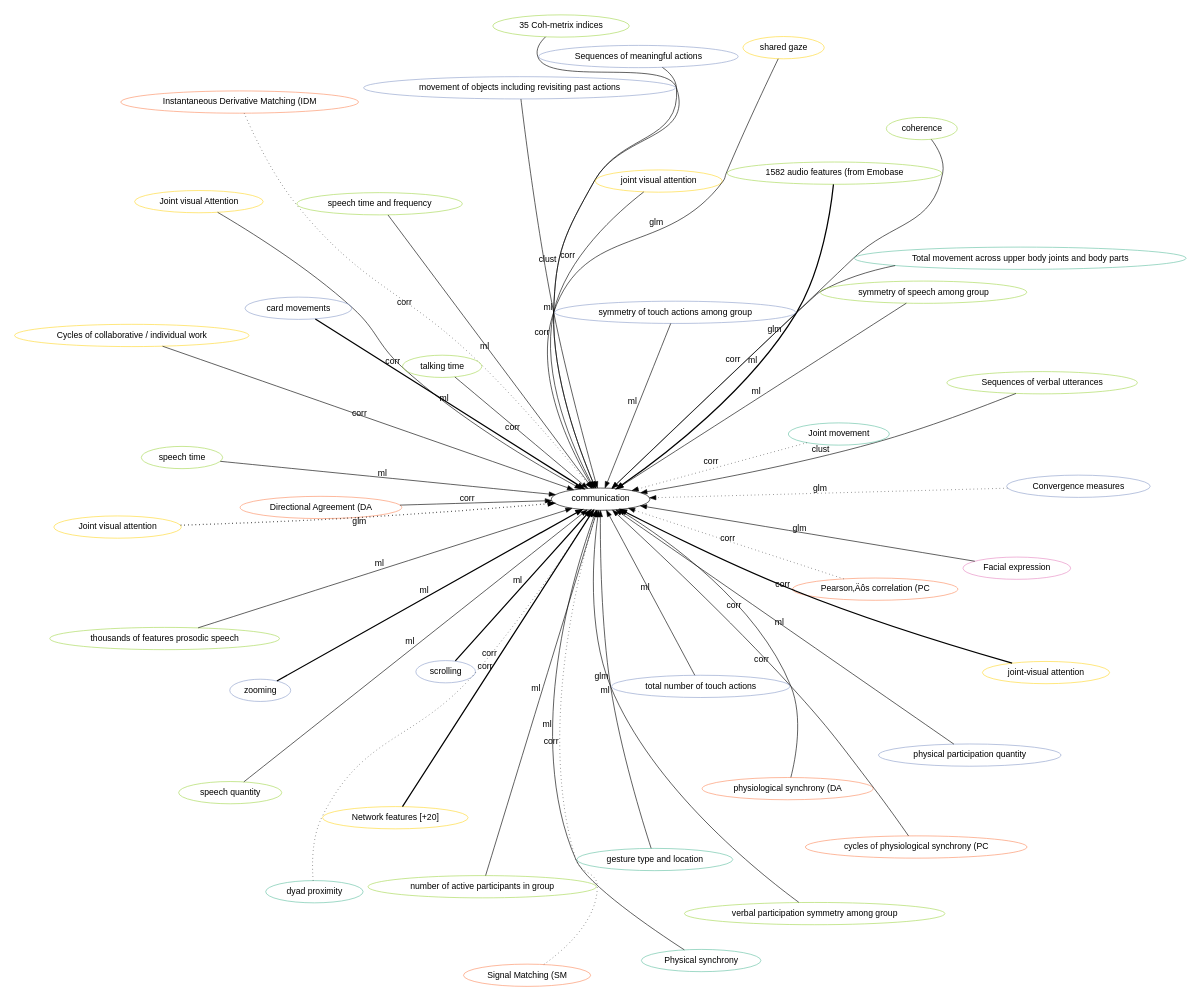
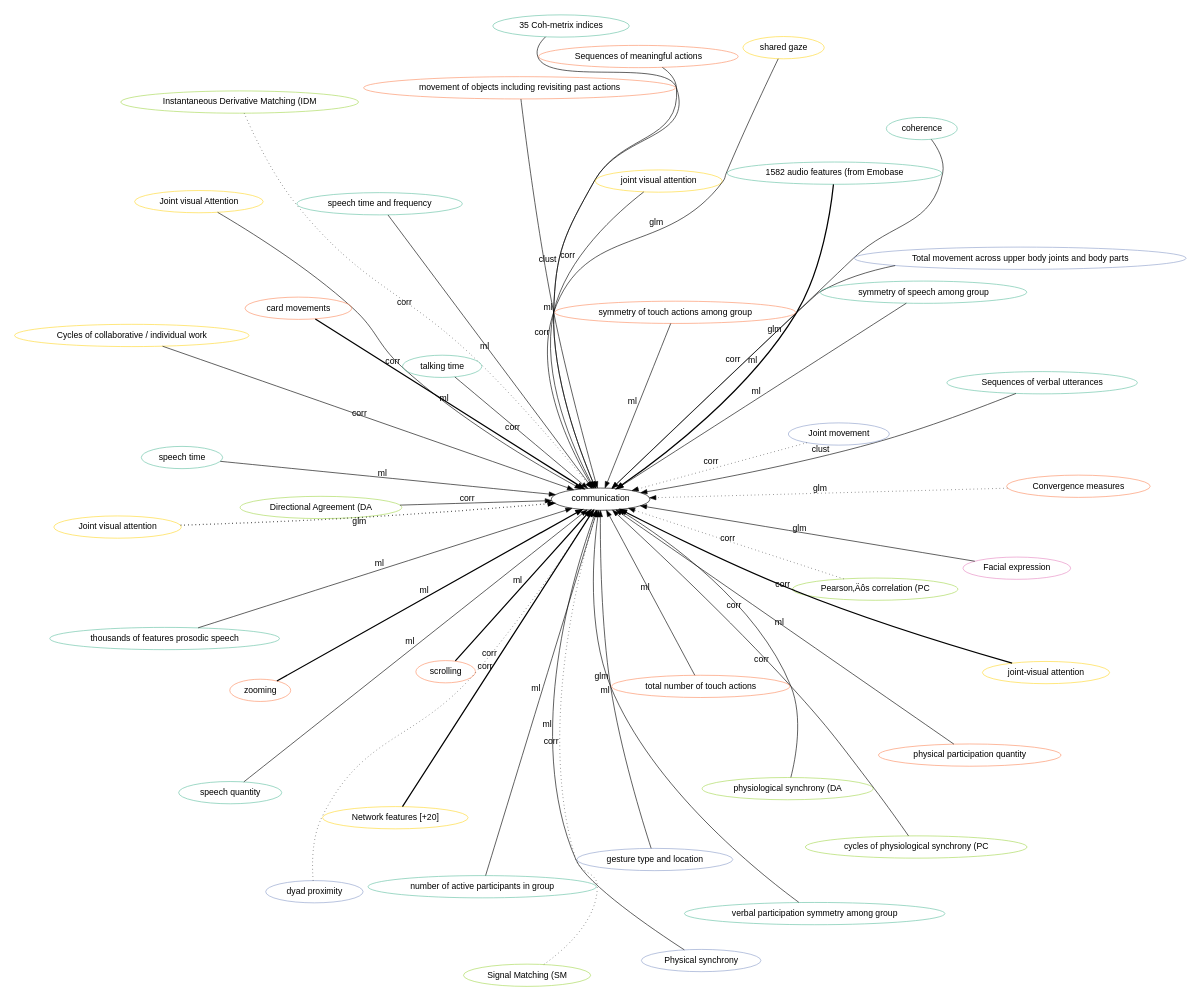
Before and after one commit to hgse-schneider/mmca: the diagram in graphviz/communication.gv, drawn with Graphviz. The commit also changed 115 other files, not shown here.

```diff
--- a/graphviz/communication.gv
+++ b/graphviz/communication.gv
@@ -7,52 +7,52 @@
 
 	"communication" [href="index.svg"];
 	"Facial expression" [href="https://scholar.google.com/scholar?hl=en&q=Going%20beyond%20what%20is%20visible:%20What%20multichannel%20data%20can%20reveal%20about%20interaction%20in%20the%20context%20of%20collaborative%20learning?" target="_blank" , color="4"];
-	"Signal Matching (SM" [href="https://scholar.google.com/scholar?hl=en&q=Using%20Physiological%20Synchrony%20as%20an%20Indicator%20of%20Collaboration%20Quality,%20Task%20Performance%20and%20Learning" target="_blank" , color="2"];
-	"Instantaneous Derivative Matching (IDM" [href="https://scholar.google.com/scholar?hl=en&q=Using%20Physiological%20Synchrony%20as%20an%20Indicator%20of%20Collaboration%20Quality,%20Task%20Performance%20and%20Learning" target="_blank" , color="2"];
-	"Pearson‚Äôs correlation (PC" [href="https://scholar.google.com/scholar?hl=en&q=Using%20Physiological%20Synchrony%20as%20an%20Indicator%20of%20Collaboration%20Quality,%20Task%20Performance%20and%20Learning" target="_blank" , color="2"];
-	"Directional Agreement (DA" [href="https://scholar.google.com/scholar?hl=en&q=Using%20Physiological%20Synchrony%20as%20an%20Indicator%20of%20Collaboration%20Quality,%20Task%20Performance%20and%20Learning" target="_blank" , color="2"];
-	"speech quantity" [href="https://scholar.google.com/scholar?hl=en&q=Modelling%20and%20Identifying%20Collaborative%20Situations%20in%20a%20Collocated%20Multi-display%20Groupware%20Setting" target="_blank" , color="5"];
-	"physical participation quantity" [href="https://scholar.google.com/scholar?hl=en&q=Modelling%20and%20Identifying%20Collaborative%20Situations%20in%20a%20Collocated%20Multi-display%20Groupware%20Setting" target="_blank" , color="3"];
-	"number of active participants in group" [href="https://scholar.google.com/scholar?hl=en&q=Modelling%20and%20Identifying%20Collaborative%20Situations%20in%20a%20Collocated%20Multi-display%20Groupware%20Setting" target="_blank" , color="5"];
-	"verbal participation symmetry among group" [href="https://scholar.google.com/scholar?hl=en&q=Modelling%20and%20Identifying%20Collaborative%20Situations%20in%20a%20Collocated%20Multi-display%20Groupware%20Setting" target="_blank" , color="5"];
-	"gesture type and location" [href="https://scholar.google.com/scholar?hl=en&q=Improving%20Visibility%20of%20Remote%20Gestures%20in%20Distributed%20Tabletop%20Collaboration" target="_blank" , color="1"];
+	"Signal Matching (SM" [href="https://scholar.google.com/scholar?hl=en&q=Using%20Physiological%20Synchrony%20as%20an%20Indicator%20of%20Collaboration%20Quality,%20Task%20Performance%20and%20Learning" target="_blank" , color="5"];
+	"Instantaneous Derivative Matching (IDM" [href="https://scholar.google.com/scholar?hl=en&q=Using%20Physiological%20Synchrony%20as%20an%20Indicator%20of%20Collaboration%20Quality,%20Task%20Performance%20and%20Learning" target="_blank" , color="5"];
+	"Pearson‚Äôs correlation (PC" [href="https://scholar.google.com/scholar?hl=en&q=Using%20Physiological%20Synchrony%20as%20an%20Indicator%20of%20Collaboration%20Quality,%20Task%20Performance%20and%20Learning" target="_blank" , color="5"];
+	"Directional Agreement (DA" [href="https://scholar.google.com/scholar?hl=en&q=Using%20Physiological%20Synchrony%20as%20an%20Indicator%20of%20Collaboration%20Quality,%20Task%20Performance%20and%20Learning" target="_blank" , color="5"];
+	"speech quantity" [href="https://scholar.google.com/scholar?hl=en&q=Modelling%20and%20Identifying%20Collaborative%20Situations%20in%20a%20Collocated%20Multi-display%20Groupware%20Setting" target="_blank" , color="1"];
+	"physical participation quantity" [href="https://scholar.google.com/scholar?hl=en&q=Modelling%20and%20Identifying%20Collaborative%20Situations%20in%20a%20Collocated%20Multi-display%20Groupware%20Setting" target="_blank" , color="2"];
+	"number of active participants in group" [href="https://scholar.google.com/scholar?hl=en&q=Modelling%20and%20Identifying%20Collaborative%20Situations%20in%20a%20Collocated%20Multi-display%20Groupware%20Setting" target="_blank" , color="1"];
+	"verbal participation symmetry among group" [href="https://scholar.google.com/scholar?hl=en&q=Modelling%20and%20Identifying%20Collaborative%20Situations%20in%20a%20Collocated%20Multi-display%20Groupware%20Setting" target="_blank" , color="1"];
+	"gesture type and location" [href="https://scholar.google.com/scholar?hl=en&q=Improving%20Visibility%20of%20Remote%20Gestures%20in%20Distributed%20Tabletop%20Collaboration" target="_blank" , color="3"];
 	"Joint visual attention" [href="https://scholar.google.com/scholar?hl=en&q=Using%20Eye-Tracking%20Technology%20to%20Support%20Visual%20Coordination%20in%20Collaborative%20Problem-Solving%20Groups" target="_blank" , color="6"];
 	"Joint visual attention" [href="https://scholar.google.com/scholar?hl=en&q=The%20Effect%20of%20Mutual%20Gaze%20Perception%20on%20Students’%20Verbal%20Coordination" target="_blank" , color="6"];
-	"Convergence measures" [href="https://scholar.google.com/scholar?hl=en&q=The%20Effect%20of%20Mutual%20Gaze%20Perception%20on%20Students’%20Verbal%20Coordination" target="_blank" , color="3"];
-	"Sequences of verbal utterances" [href="https://scholar.google.com/scholar?hl=en&q=Capturing%20and%20analyzing%20verbal%20and%20physical%20collaborative%20learning%20interactions%20at%20an%20enriched%20interactive%20tabletop" target="_blank" , color="5"];
-	"Sequences of meaningful actions" [href="https://scholar.google.com/scholar?hl=en&q=Capturing%20and%20analyzing%20verbal%20and%20physical%20collaborative%20learning%20interactions%20at%20an%20enriched%20interactive%20tabletop" target="_blank" , color="3"];
-	"physiological synchrony (DA" [href="https://scholar.google.com/scholar?hl=en&q=Unpacking%20the%20relationship%20between%20existing%20and%20new%20measures%20of%20physiological%20synchrony%20and%20collaborative%20learning:%20a%20mixed%20methods%20study" target="_blank" , color="2"];
-	"cycles of physiological synchrony (PC" [href="https://scholar.google.com/scholar?hl=en&q=Unpacking%20the%20relationship%20between%20existing%20and%20new%20measures%20of%20physiological%20synchrony%20and%20collaborative%20learning:%20a%20mixed%20methods%20study" target="_blank" , color="2"];
+	"Convergence measures" [href="https://scholar.google.com/scholar?hl=en&q=The%20Effect%20of%20Mutual%20Gaze%20Perception%20on%20Students’%20Verbal%20Coordination" target="_blank" , color="2"];
+	"Sequences of verbal utterances" [href="https://scholar.google.com/scholar?hl=en&q=Capturing%20and%20analyzing%20verbal%20and%20physical%20collaborative%20learning%20interactions%20at%20an%20enriched%20interactive%20tabletop" target="_blank" , color="1"];
+	"Sequences of meaningful actions" [href="https://scholar.google.com/scholar?hl=en&q=Capturing%20and%20analyzing%20verbal%20and%20physical%20collaborative%20learning%20interactions%20at%20an%20enriched%20interactive%20tabletop" target="_blank" , color="2"];
+	"physiological synchrony (DA" [href="https://scholar.google.com/scholar?hl=en&q=Unpacking%20the%20relationship%20between%20existing%20and%20new%20measures%20of%20physiological%20synchrony%20and%20collaborative%20learning:%20a%20mixed%20methods%20study" target="_blank" , color="5"];
+	"cycles of physiological synchrony (PC" [href="https://scholar.google.com/scholar?hl=en&q=Unpacking%20the%20relationship%20between%20existing%20and%20new%20measures%20of%20physiological%20synchrony%20and%20collaborative%20learning:%20a%20mixed%20methods%20study" target="_blank" , color="5"];
 	"Joint visual Attention" [href="https://scholar.google.com/scholar?hl=en&q=Leveraging%20Mobile%20Eye-Trackers%20to%20Capture%20Joint%20Visual%20Attention%20in%20Co-Located%20Collaborative%20Learning" target="_blank" , color="6"];
 	"Cycles of collaborative / individual work" [href="https://scholar.google.com/scholar?hl=en&q=Leveraging%20Mobile%20Eye-Trackers%20to%20Capture%20Joint%20Visual%20Attention%20in%20Co-Located%20Collaborative%20Learning" target="_blank" , color="6"];
-	"card movements" [href="https://scholar.google.com/scholar?hl=en&q=High%20Accuracy%20Detection%20of%20Collaboration%20From%20Log%20Data%20and%20Superficial%20Speech%20Features" target="_blank" , color="3"];
-	"scrolling" [href="https://scholar.google.com/scholar?hl=en&q=High%20Accuracy%20Detection%20of%20Collaboration%20From%20Log%20Data%20and%20Superficial%20Speech%20Features" target="_blank" , color="3"];
-	"zooming" [href="https://scholar.google.com/scholar?hl=en&q=High%20Accuracy%20Detection%20of%20Collaboration%20From%20Log%20Data%20and%20Superficial%20Speech%20Features" target="_blank" , color="3"];
-	"1582 audio features (from Emobase" [href="https://scholar.google.com/scholar?hl=en&q=High%20Accuracy%20Detection%20of%20Collaboration%20From%20Log%20Data%20and%20Superficial%20Speech%20Features" target="_blank" , color="5"];
-	"card movements" [href="https://scholar.google.com/scholar?hl=en&q=High%20Accuracy%20Detection%20of%20Collaboration%20From%20Log%20Data%20and%20Superficial%20Speech%20Features" target="_blank" , color="3"];
-	"scrolling" [href="https://scholar.google.com/scholar?hl=en&q=High%20Accuracy%20Detection%20of%20Collaboration%20From%20Log%20Data%20and%20Superficial%20Speech%20Features" target="_blank" , color="3"];
-	"zooming" [href="https://scholar.google.com/scholar?hl=en&q=High%20Accuracy%20Detection%20of%20Collaboration%20From%20Log%20Data%20and%20Superficial%20Speech%20Features" target="_blank" , color="3"];
-	"1582 audio features (from Emobase" [href="https://scholar.google.com/scholar?hl=en&q=High%20Accuracy%20Detection%20of%20Collaboration%20From%20Log%20Data%20and%20Superficial%20Speech%20Features" target="_blank" , color="5"];
-	"coherence" [href="https://scholar.google.com/scholar?hl=en&q=Does%20Seeing%20One%20Another’s%20Gaze%20Affect%20Group%20Dialogue?" target="_blank" , color="5"];
-	"35 Coh-metrix indices" [href="https://scholar.google.com/scholar?hl=en&q=Predicting%20the%20Quality%20of%20Collaborative%20Problem%20Solving%20Through%20Linguistic%20Analysis%20of%20Discourse" target="_blank" , color="5"];
-	"Physical synchrony" [href="https://scholar.google.com/scholar?hl=en&q=Predicting%20the%20Quality%20of%20Collaborative%20Problem%20Solving%20Through%20Linguistic%20Analysis%20of%20Discourse" target="_blank" , color="1"];
-	"Total movement across upper body joints and body parts" [href="https://scholar.google.com/scholar?hl=en&q=Toward%20Using%20Multi-Modal%20Learning%20Analytics%20to%20Support%20and%20Measure%20Collaboration%20in%20Co-Located%20Dyads" target="_blank" , color="1"];
-	"talking time" [href="https://scholar.google.com/scholar?hl=en&q=Toward%20Using%20Multi-Modal%20Learning%20Analytics%20to%20Support%20and%20Measure%20Collaboration%20in%20Co-Located%20Dyads" target="_blank" , color="5"];
+	"card movements" [href="https://scholar.google.com/scholar?hl=en&q=High%20Accuracy%20Detection%20of%20Collaboration%20From%20Log%20Data%20and%20Superficial%20Speech%20Features" target="_blank" , color="2"];
+	"scrolling" [href="https://scholar.google.com/scholar?hl=en&q=High%20Accuracy%20Detection%20of%20Collaboration%20From%20Log%20Data%20and%20Superficial%20Speech%20Features" target="_blank" , color="2"];
+	"zooming" [href="https://scholar.google.com/scholar?hl=en&q=High%20Accuracy%20Detection%20of%20Collaboration%20From%20Log%20Data%20and%20Superficial%20Speech%20Features" target="_blank" , color="2"];
+	"1582 audio features (from Emobase" [href="https://scholar.google.com/scholar?hl=en&q=High%20Accuracy%20Detection%20of%20Collaboration%20From%20Log%20Data%20and%20Superficial%20Speech%20Features" target="_blank" , color="1"];
+	"card movements" [href="https://scholar.google.com/scholar?hl=en&q=High%20Accuracy%20Detection%20of%20Collaboration%20From%20Log%20Data%20and%20Superficial%20Speech%20Features" target="_blank" , color="2"];
+	"scrolling" [href="https://scholar.google.com/scholar?hl=en&q=High%20Accuracy%20Detection%20of%20Collaboration%20From%20Log%20Data%20and%20Superficial%20Speech%20Features" target="_blank" , color="2"];
+	"zooming" [href="https://scholar.google.com/scholar?hl=en&q=High%20Accuracy%20Detection%20of%20Collaboration%20From%20Log%20Data%20and%20Superficial%20Speech%20Features" target="_blank" , color="2"];
+	"1582 audio features (from Emobase" [href="https://scholar.google.com/scholar?hl=en&q=High%20Accuracy%20Detection%20of%20Collaboration%20From%20Log%20Data%20and%20Superficial%20Speech%20Features" target="_blank" , color="1"];
+	"coherence" [href="https://scholar.google.com/scholar?hl=en&q=Does%20Seeing%20One%20Another’s%20Gaze%20Affect%20Group%20Dialogue?" target="_blank" , color="1"];
+	"35 Coh-metrix indices" [href="https://scholar.google.com/scholar?hl=en&q=Predicting%20the%20Quality%20of%20Collaborative%20Problem%20Solving%20Through%20Linguistic%20Analysis%20of%20Discourse" target="_blank" , color="1"];
+	"Physical synchrony" [href="https://scholar.google.com/scholar?hl=en&q=Predicting%20the%20Quality%20of%20Collaborative%20Problem%20Solving%20Through%20Linguistic%20Analysis%20of%20Discourse" target="_blank" , color="3"];
+	"Total movement across upper body joints and body parts" [href="https://scholar.google.com/scholar?hl=en&q=Toward%20Using%20Multi-Modal%20Learning%20Analytics%20to%20Support%20and%20Measure%20Collaboration%20in%20Co-Located%20Dyads" target="_blank" , color="3"];
+	"talking time" [href="https://scholar.google.com/scholar?hl=en&q=Toward%20Using%20Multi-Modal%20Learning%20Analytics%20to%20Support%20and%20Measure%20Collaboration%20in%20Co-Located%20Dyads" target="_blank" , color="1"];
 	"Network features [+20]" [href="https://scholar.google.com/scholar?hl=en&q=Toward%20Collaboration%20Sensing" target="_blank" , color="6"];
 	"Network features [+20]" [href="https://scholar.google.com/scholar?hl=en&q=Toward%20Collaboration%20Sensing" target="_blank" , color="6"];
 	"joint-visual attention" [href="https://scholar.google.com/scholar?hl=en&q=Unpacking%20Collaborative%20Learning%20Processes%20during%20Hands-on%20Activities%20using%20Mobile%20Eye-Trackers" target="_blank" , color="6"];
 	"joint-visual attention" [href="https://scholar.google.com/scholar?hl=en&q=Unpacking%20Collaborative%20Learning%20Processes%20during%20Hands-on%20Activities%20using%20Mobile%20Eye-Trackers" target="_blank" , color="6"];
 	"joint visual attention" [href="https://scholar.google.com/scholar?hl=en&q=3D%20Tangibles%20Facilitate%20Joint%20Visual%20Attention%20in%20Dyads" target="_blank" , color="6"];
-	"Joint movement" [href="https://scholar.google.com/scholar?hl=en&q=Exploring%20Collaboration%20Using%20Motion%20Sensors%20and%20Multi-Modal%20Learning%20Analytics" target="_blank" , color="1"];
-	"dyad proximity" [href="https://scholar.google.com/scholar?hl=en&q=Exploring%20Collaboration%20Using%20Motion%20Sensors%20and%20Multi-Modal%20Learning%20Analytics" target="_blank" , color="1"];
-	"speech time and frequency" [href="https://scholar.google.com/scholar?hl=en&q=An%20Automatic%20Approach%20for%20Mining%20Patterns%20of%20Collaboration%20around%20an%20Interactive%20Tabletop" target="_blank" , color="5"];
-	"symmetry of speech among group" [href="https://scholar.google.com/scholar?hl=en&q=An%20Automatic%20Approach%20for%20Mining%20Patterns%20of%20Collaboration%20around%20an%20Interactive%20Tabletop" target="_blank" , color="5"];
-	"total number of touch actions" [href="https://scholar.google.com/scholar?hl=en&q=An%20Automatic%20Approach%20for%20Mining%20Patterns%20of%20Collaboration%20around%20an%20Interactive%20Tabletop" target="_blank" , color="3"];
-	"symmetry of touch actions among group" [href="https://scholar.google.com/scholar?hl=en&q=An%20Automatic%20Approach%20for%20Mining%20Patterns%20of%20Collaboration%20around%20an%20Interactive%20Tabletop" target="_blank" , color="3"];
+	"Joint movement" [href="https://scholar.google.com/scholar?hl=en&q=Exploring%20Collaboration%20Using%20Motion%20Sensors%20and%20Multi-Modal%20Learning%20Analytics" target="_blank" , color="3"];
+	"dyad proximity" [href="https://scholar.google.com/scholar?hl=en&q=Exploring%20Collaboration%20Using%20Motion%20Sensors%20and%20Multi-Modal%20Learning%20Analytics" target="_blank" , color="3"];
+	"speech time and frequency" [href="https://scholar.google.com/scholar?hl=en&q=An%20Automatic%20Approach%20for%20Mining%20Patterns%20of%20Collaboration%20around%20an%20Interactive%20Tabletop" target="_blank" , color="1"];
+	"symmetry of speech among group" [href="https://scholar.google.com/scholar?hl=en&q=An%20Automatic%20Approach%20for%20Mining%20Patterns%20of%20Collaboration%20around%20an%20Interactive%20Tabletop" target="_blank" , color="1"];
+	"total number of touch actions" [href="https://scholar.google.com/scholar?hl=en&q=An%20Automatic%20Approach%20for%20Mining%20Patterns%20of%20Collaboration%20around%20an%20Interactive%20Tabletop" target="_blank" , color="2"];
+	"symmetry of touch actions among group" [href="https://scholar.google.com/scholar?hl=en&q=An%20Automatic%20Approach%20for%20Mining%20Patterns%20of%20Collaboration%20around%20an%20Interactive%20Tabletop" target="_blank" , color="2"];
 	"shared gaze" [href="https://scholar.google.com/scholar?hl=en&q=Effects%20of%20Shared%20Gaze%20on%20Audio-%20Versus%20Text-Based%20Remote%20Collaborations" target="_blank" , color="6"];
-	"speech time" [href="https://scholar.google.com/scholar?hl=en&q=Using%20the%20Tablet%20Gestures%20and%20Speech%20of%20Pairs%20of%20Students%20to%20Classify%20Their%20Collaboration" target="_blank" , color="5"];
-	"thousands of features prosodic speech" [href="https://scholar.google.com/scholar?hl=en&q=Using%20the%20Tablet%20Gestures%20and%20Speech%20of%20Pairs%20of%20Students%20to%20Classify%20Their%20Collaboration" target="_blank" , color="5"];
-	"movement of objects including revisiting past actions" [href="https://scholar.google.com/scholar?hl=en&q=Using%20the%20Tablet%20Gestures%20and%20Speech%20of%20Pairs%20of%20Students%20to%20Classify%20Their%20Collaboration" target="_blank" , color="3"];
+	"speech time" [href="https://scholar.google.com/scholar?hl=en&q=Using%20the%20Tablet%20Gestures%20and%20Speech%20of%20Pairs%20of%20Students%20to%20Classify%20Their%20Collaboration" target="_blank" , color="1"];
+	"thousands of features prosodic speech" [href="https://scholar.google.com/scholar?hl=en&q=Using%20the%20Tablet%20Gestures%20and%20Speech%20of%20Pairs%20of%20Students%20to%20Classify%20Their%20Collaboration" target="_blank" , color="1"];
+	"movement of objects including revisiting past actions" [href="https://scholar.google.com/scholar?hl=en&q=Using%20the%20Tablet%20Gestures%20and%20Speech%20of%20Pairs%20of%20Students%20to%20Classify%20Their%20Collaboration" target="_blank" , color="2"];
 	"Facial expression" -> "communication" [label="glm", labeltooltip=1, style="solid", penwidth=1];
 	"Signal Matching (SM" -> "communication" [label="corr", labeltooltip=1, style="dotted", penwidth=1];
 	"Instantaneous Derivative Matching (IDM" -> "communication" [label="corr", labeltooltip=1, style="dotted", penwidth=1];
```
